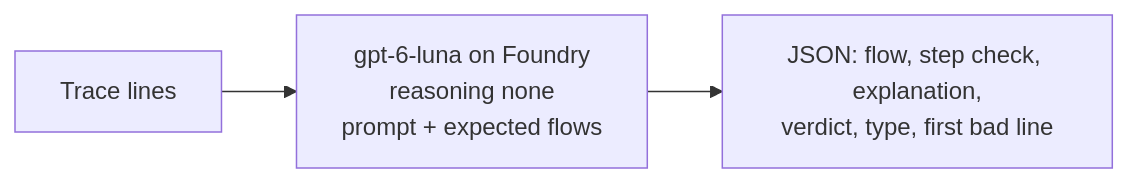
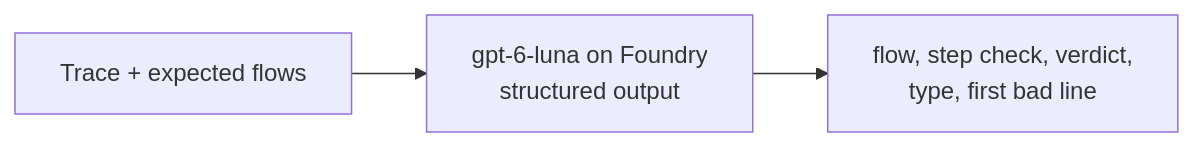
One commit to AliRezaFarahnak-Customer-Demos/log-anomaly-gpu-vs-llm-poc changed the third of 5 diagrams in README.md. Above: the diagram before and after it, drawn with Mermaid. The commit also changed other lines of this file, not shown here.

Commit message:
README: minimal, best LLM case only, LLM vs GPU by volume

````diff
--- a/README.md
+++ b/README.md
@@ -36,5 +27,4 @@
 ```mermaid
 flowchart LR
-    trace["Trace lines"] --> llm["gpt-6-luna on Foundry<br/>reasoning none<br/>prompt + expected flows"]
-    llm --> json["JSON: flow, step check, explanation,<br/>verdict, type, first bad line"]
+    a["Trace + expected flows"] --> b["gpt-6-luna on Foundry<br/>structured output"] --> c["flow, step check, verdict,<br/>type, first bad line"]
 ```
````
